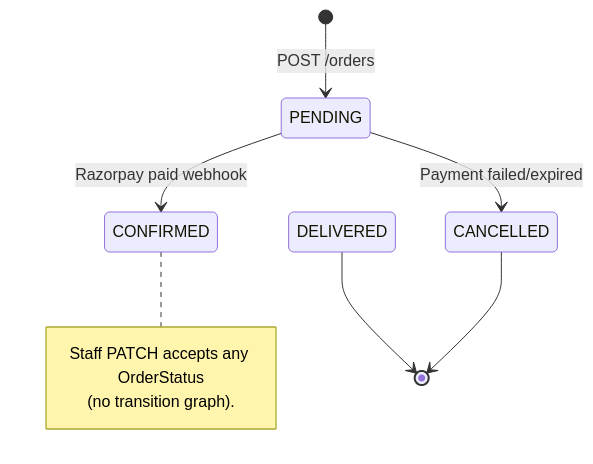
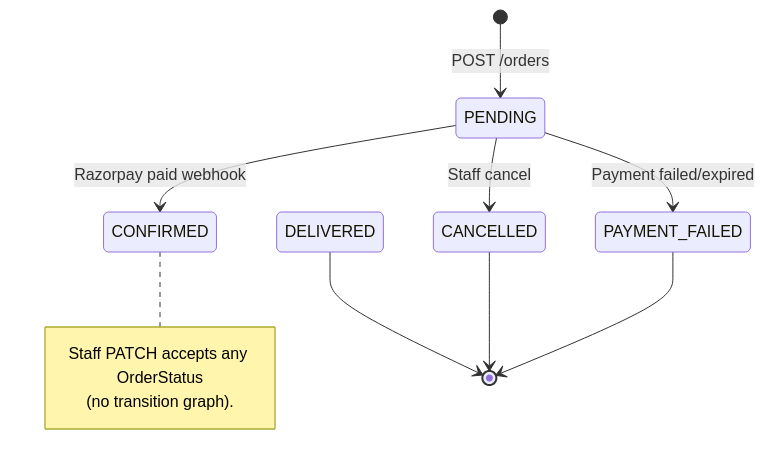
The diagram in docs/orders.md (prakashdev0508/admin-chaayafur), drawn with Mermaid before and after one commit. The commit also changed other lines of this file and 74 other files, not shown here.

````diff
--- a/docs/orders.md
+++ b/docs/orders.md
@@ -56,12 +57,14 @@
 ```mermaid
 stateDiagram-v2
     [*] --> PENDING: POST /orders
     PENDING --> CONFIRMED: Razorpay paid webhook
-    PENDING --> CANCELLED: Payment failed/expired
+    PENDING --> PAYMENT_FAILED: Payment failed/expired
+    PENDING --> CANCELLED: Staff cancel
     note right of CONFIRMED
       Staff PATCH accepts any OrderStatus
       (no transition graph).
     end note
     DELIVERED --> [*]
     CANCELLED --> [*]
+    PAYMENT_FAILED --> [*]
 ```
````
